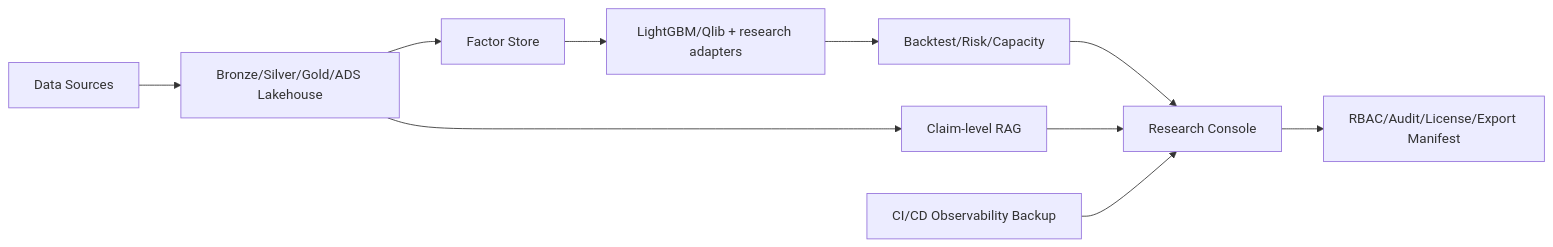
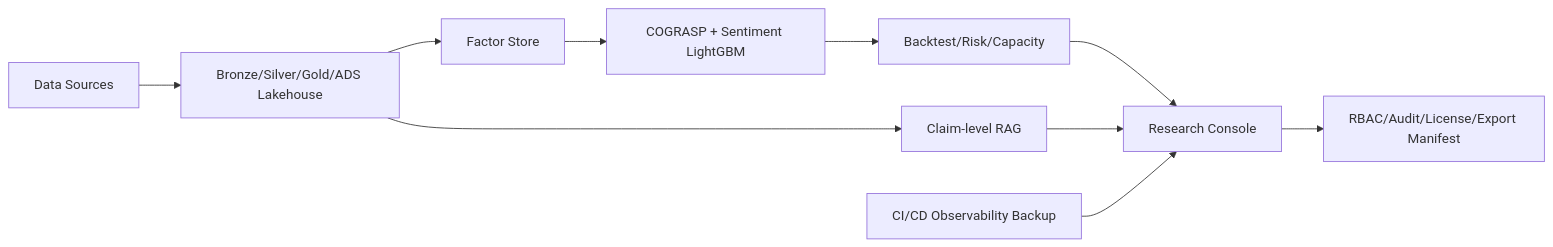
One commit to blankxxc/stock_good changed the diagram in docs/diagrams/system_architecture.mmd. Above: the diagram before and after it, drawn with Mermaid. The commit also changed 298 other files, not shown here.

```diff
--- a/docs/diagrams/system_architecture.mmd
+++ b/docs/diagrams/system_architecture.mmd
@@ -1,10 +1,10 @@
 flowchart LR
   Sources[Data Sources] --> Lakehouse[Bronze/Silver/Gold/ADS Lakehouse]
   Lakehouse --> Factors[Factor Store]
-  Factors --> Models[LightGBM/Qlib + research adapters]
+  Factors --> Models[COGRASP + Sentiment LightGBM]
   Models --> Backtest[Backtest/Risk/Capacity]
   Lakehouse --> RAG[Claim-level RAG]
   Backtest --> Console[Research Console]
   RAG --> Console
   Console --> Governance[RBAC/Audit/License/Export Manifest]
   Ops[CI/CD Observability Backup] --> Console
```
